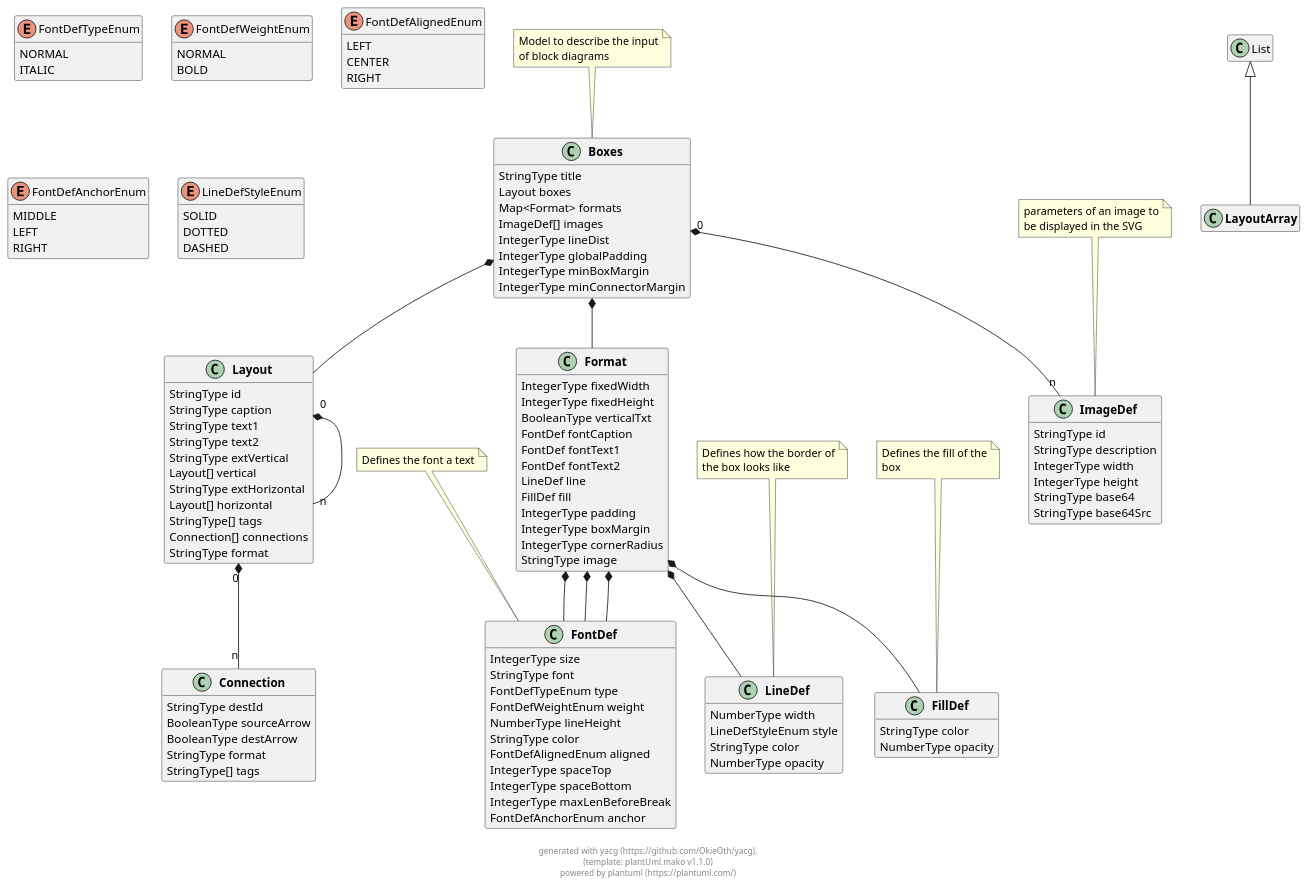
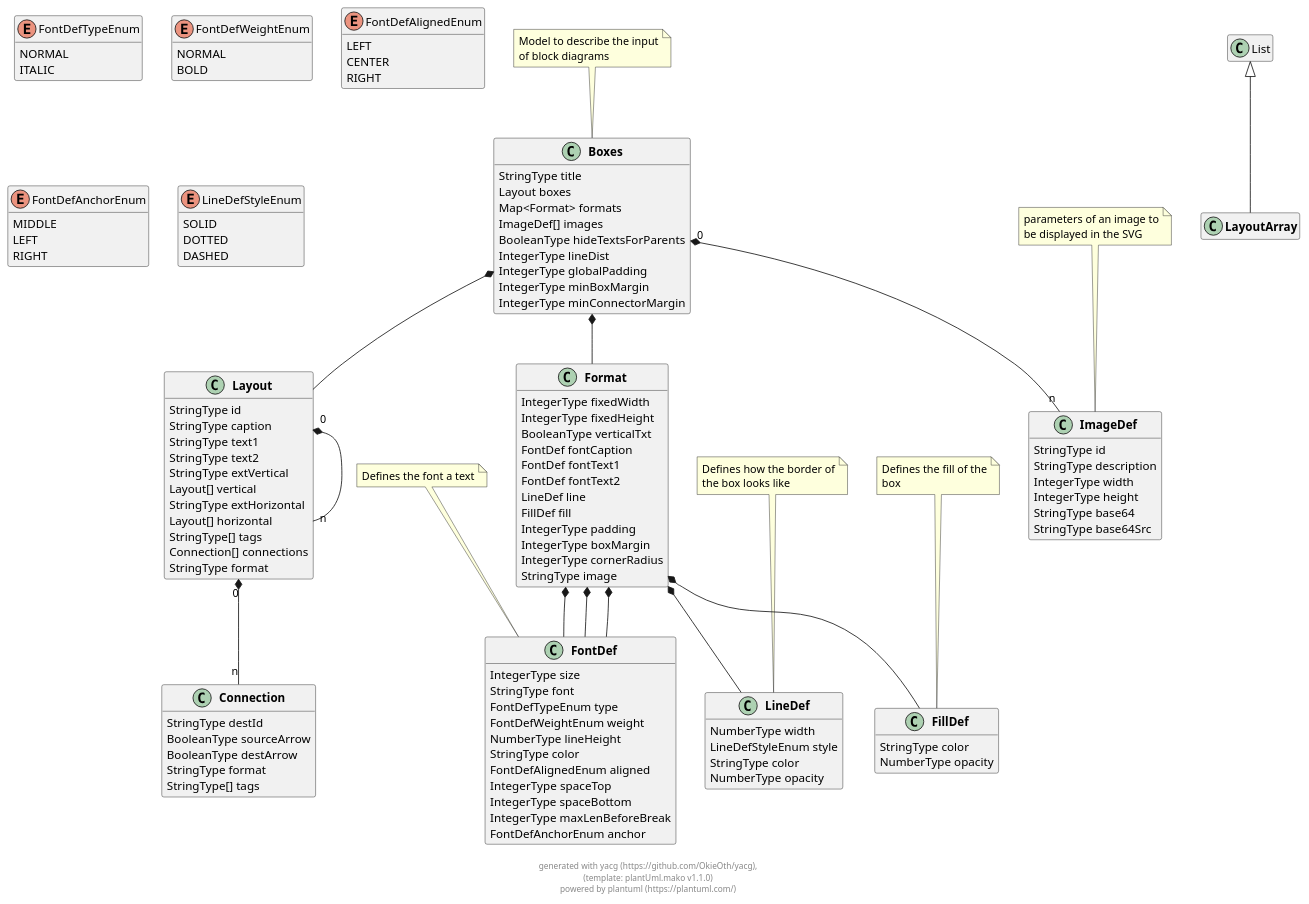
One commit to OkieOth/draw.chart.things changed the diagram in docs/models/puml/boxes.puml. Above: the diagram before and after it, drawn with PlantUML. The commit also changed 10 other files, not shown here.

```diff
--- a/docs/models/puml/boxes.puml
+++ b/docs/models/puml/boxes.puml
@@ -9,6 +9,7 @@
         Layout boxes
         Map<Format> formats
         ImageDef[] images
+        BooleanType hideTextsForParents
         IntegerType lineDist
         IntegerType globalPadding
         IntegerType minBoxMargin
@@ -153,6 +154,7 @@
 
 
 
+
     
 
 
```
